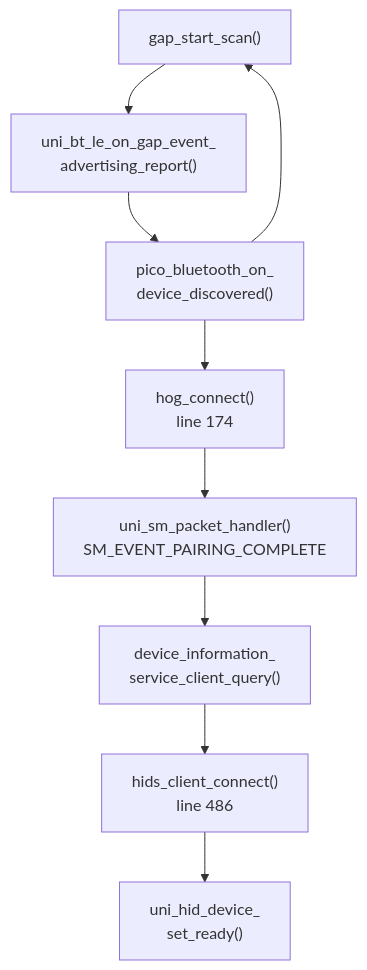
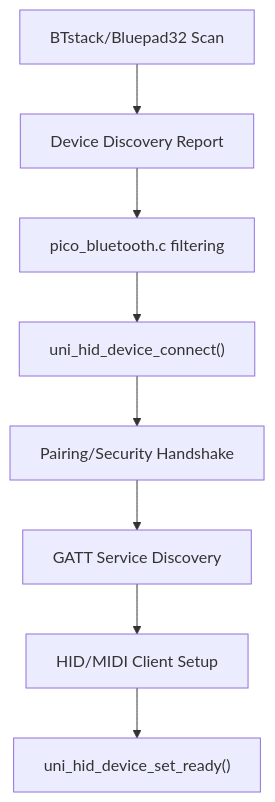
One commit to Jus-Be/orinayo-pico changed the first of 5 diagrams in wiki/3.2-data-flow-pipeline.md. Above: the diagram before and after it, drawn with Mermaid. The commit also changed other lines of this file and 42 other files, not shown here.

````diff
--- a/wiki/3.2-data-flow-pipeline.md
+++ b/wiki/3.2-data-flow-pipeline.md
@@ -38,21 +35,20 @@
 ```mermaid
 flowchart TD
 
-Start["gap_start_scan()"]
-Adv["uni_bt_le_on_gap_event_<br>advertising_report()"]
-Filter["pico_bluetooth_on_<br>device_discovered()"]
-Connect["hog_connect()<br>line 174"]
-SecMgr["uni_sm_packet_handler()<br>SM_EVENT_PAIRING_COMPLETE"]
-DevInfo["device_information_<br>service_client_query()"]
-HIDS["hids_client_connect()<br>line 486"]
-Ready["uni_hid_device_<br>set_ready()"]
+Start["BTstack/Bluepad32 Scan"]
+Adv["Device Discovery Report"]
+Filter["pico_bluetooth.c filtering"]
+Connect["uni_hid_device_connect()"]
+SecMgr["Pairing/Security Handshake"]
+DevInfo["GATT Service Discovery"]
+HIDS["HID/MIDI Client Setup"]
+Ready["uni_hid_device_set_ready()"]
 
 Start --> Adv
 Adv --> Filter
 Filter --> Connect
-Filter --> Start
 Connect --> SecMgr
 SecMgr --> DevInfo
 DevInfo --> HIDS
 HIDS --> Ready
 ```
````
